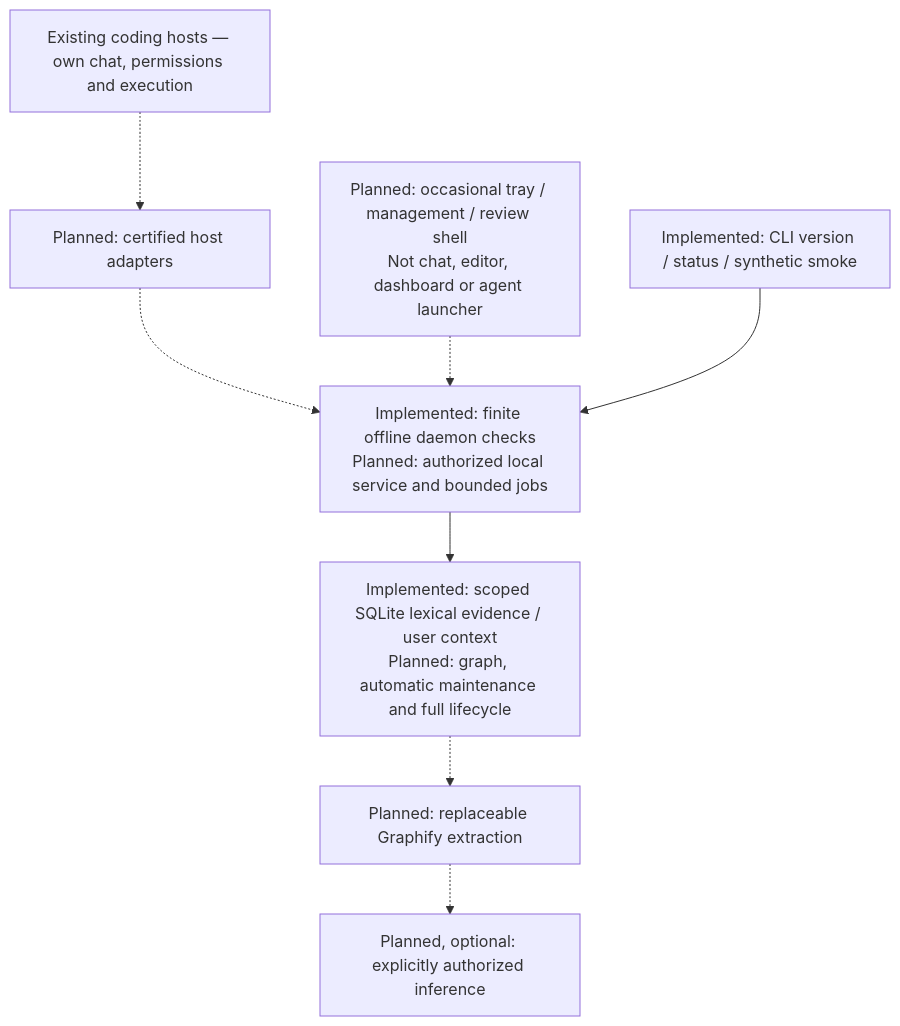
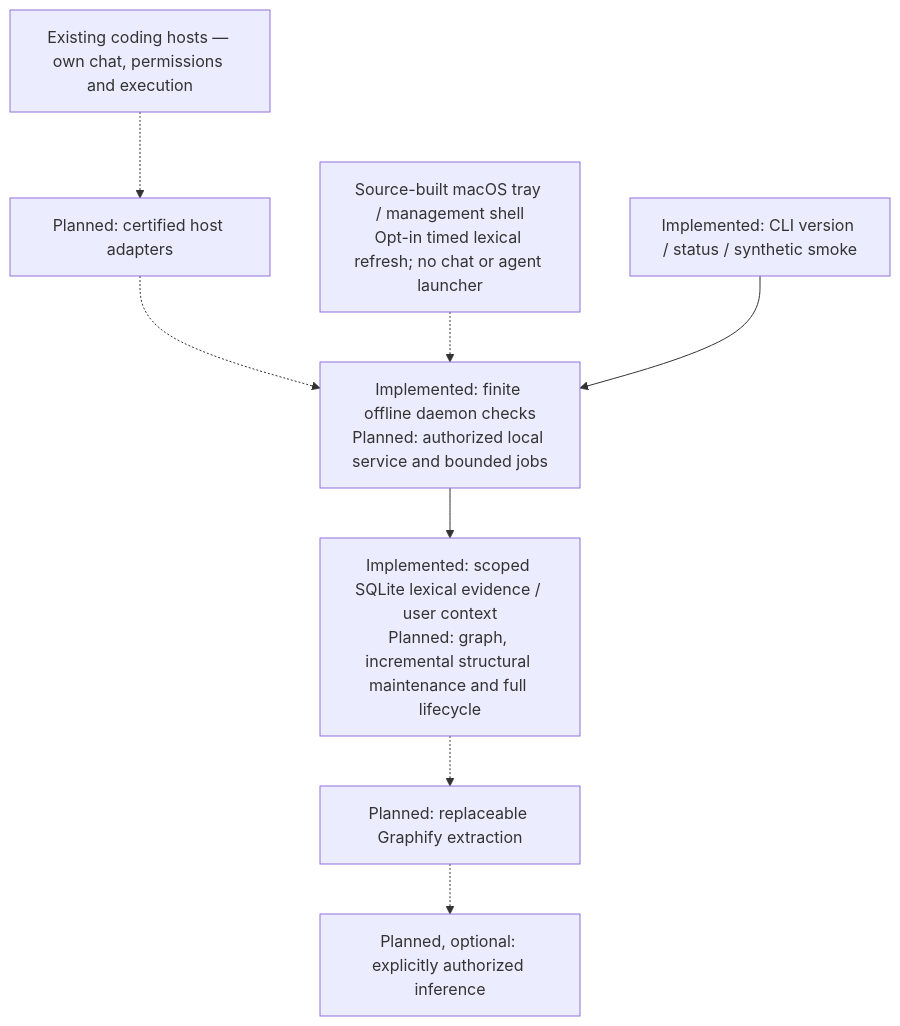
Before and after one commit to suhaasbadada/threadmark: the diagram in README.md, drawn with Mermaid. The commit also changed other lines of this file and 16 other files, not shown here.

````diff
--- a/README.md
+++ b/README.md
@@ -114,18 +114,18 @@
 ```mermaid
 flowchart TB
   Host["Existing coding hosts — own chat, permissions and execution"]
   Adapter["Planned: certified host adapters"]
   Daemon["Implemented: finite offline daemon checks\nPlanned: authorized local service and bounded jobs"]
-   Core["Implemented: scoped SQLite lexical evidence / user context\nPlanned: graph, automatic maintenance and full lifecycle"]
+   Core["Implemented: scoped SQLite lexical evidence / user context\nPlanned: graph, incremental structural maintenance and full lifecycle"]
   Worker["Planned: replaceable Graphify extraction"]
   Inference["Planned, optional: explicitly authorized inference"]
-  Shell["Planned: occasional tray / management / review shell\nNot chat, editor, dashboard or agent launcher"]
+  Shell["Source-built macOS tray / management shell\nOpt-in timed lexical refresh; no chat or agent launcher"]
   CLI["Implemented: CLI version / status / synthetic smoke"]
   Host -.-> Adapter
   Adapter -.-> Daemon
   Shell -.-> Daemon
   CLI --> Daemon
   Daemon --> Core
   Core -.-> Worker
   Worker -.-> Inference
 ```
````
